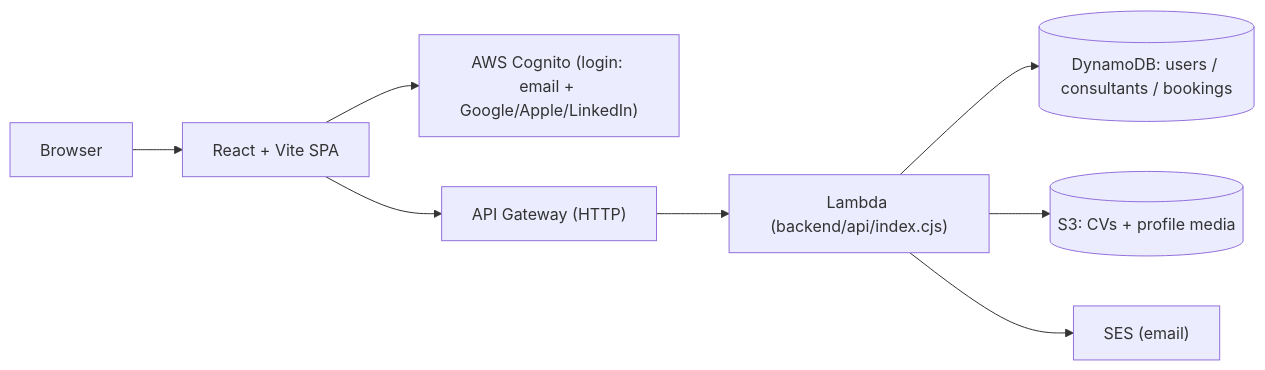
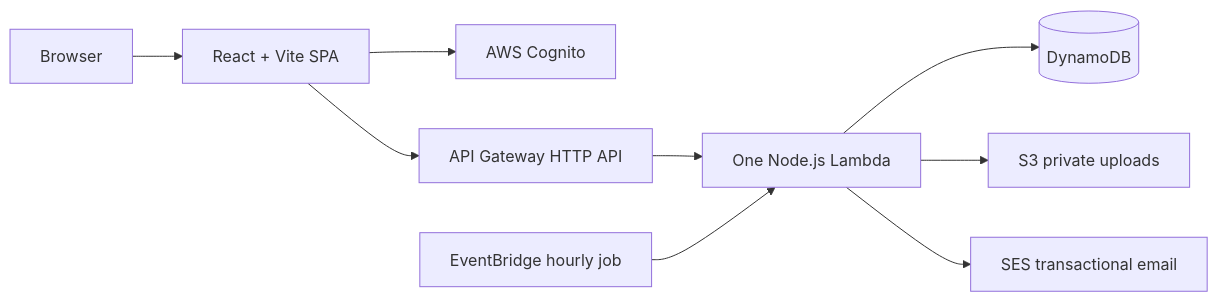
Before and after one commit to Bobsnadenica/growpoint.bg: the diagram in README.md, drawn with Mermaid. The commit also changed other lines of this file and 75 other files, not shown here.

````diff
--- a/README.md
+++ b/README.md
@@ -14,10 +19,11 @@
 ```mermaid
 flowchart LR
-    U["Browser"] --> F["React + Vite SPA"]
-    F --> C["AWS Cognito (login: email + Google/Apple/LinkedIn)"]
-    F --> A["API Gateway (HTTP)"]
-    A --> L["Lambda (backend/api/index.cjs)"]
-    L --> D[("DynamoDB: users / consultants / bookings")]
-    L --> S[("S3: CVs + profile media")]
-    L --> E["SES (email)"]
+  B[Browser] --> SPA[React + Vite SPA]
+  SPA --> C[AWS Cognito]
+  SPA --> API[API Gateway HTTP API]
+  API --> L[One Node.js Lambda]
+  L --> D[(DynamoDB)]
+  L --> S[S3 private uploads]
+  L --> E[SES transactional email]
+  EB[EventBridge hourly job] --> L
 ```
````
